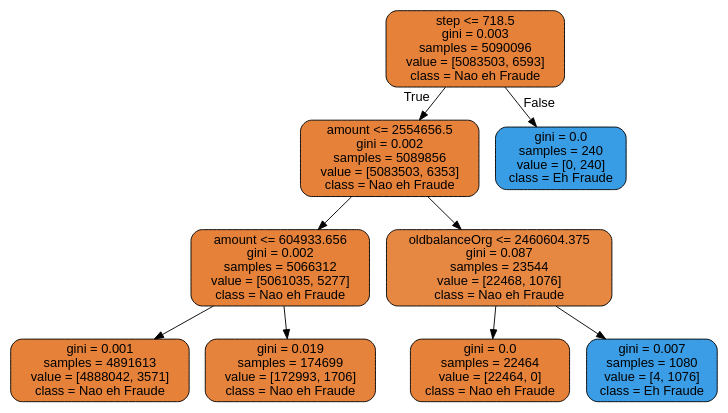
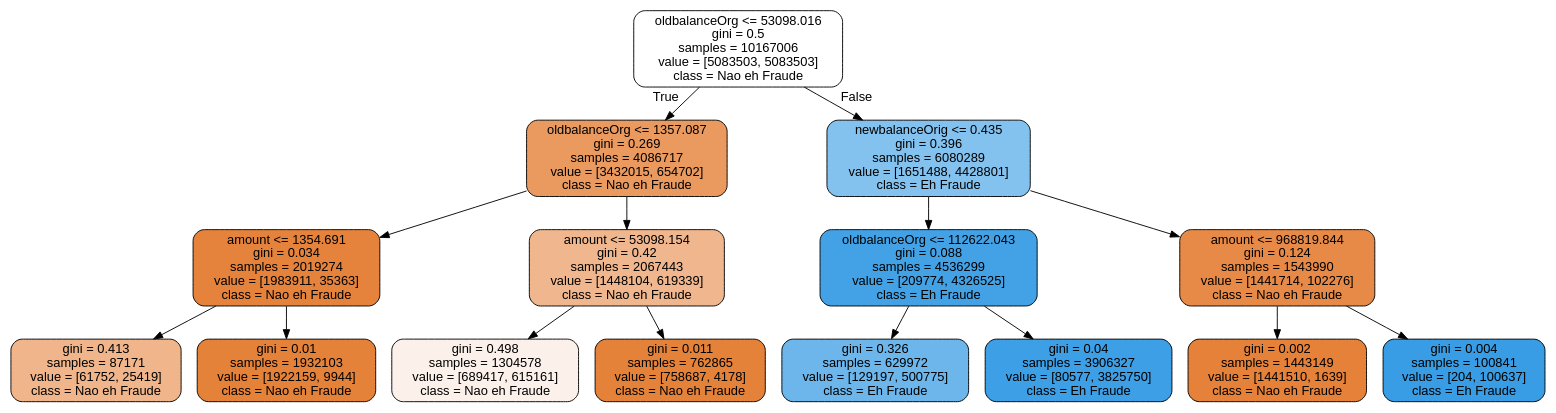
The diagram in trabalho_final/DecisionTree.dot (hugosantosbessa/ML2023-HugoBessa), drawn with Graphviz before and after one commit. The commit also changed 9 other files, not shown here.

```diff
--- a/trabalho_final/DecisionTree.dot
+++ b/trabalho_final/DecisionTree.dot
@@ -1,21 +1,33 @@
 digraph Tree {
 node [shape=box, style="filled, rounded", color="black", fontname="helvetica"] ;
 edge [fontname="helvetica"] ;
-0 [label="step <= 718.5\ngini = 0.003\nsamples = 5090096\nvalue = [5083503, 6593]\nclass = Nao eh Fraude", fillcolor="#e58139"] ;
-1 [label="amount <= 2554656.5\ngini = 0.002\nsamples = 5089856\nvalue = [5083503, 6353]\nclass = Nao eh Fraude", fillcolor="#e58139"] ;
+0 [label="oldbalanceOrg <= 53098.016\ngini = 0.5\nsamples = 10167006\nvalue = [5083503, 5083503]\nclass = Nao eh Fraude", fillcolor="#ffffff"] ;
+1 [label="oldbalanceOrg <= 1357.087\ngini = 0.269\nsamples = 4086717\nvalue = [3432015, 654702]\nclass = Nao eh Fraude", fillcolor="#ea995f"] ;
 0 -> 1 [labeldistance=2.5, labelangle=45, headlabel="True"] ;
-2 [label="amount <= 604933.656\ngini = 0.002\nsamples = 5066312\nvalue = [5061035, 5277]\nclass = Nao eh Fraude", fillcolor="#e58139"] ;
+2 [label="amount <= 1354.691\ngini = 0.034\nsamples = 2019274\nvalue = [1983911, 35363]\nclass = Nao eh Fraude", fillcolor="#e5833d"] ;
 1 -> 2 ;
-3 [label="gini = 0.001\nsamples = 4891613\nvalue = [4888042, 3571]\nclass = Nao eh Fraude", fillcolor="#e58139"] ;
+3 [label="gini = 0.413\nsamples = 87171\nvalue = [61752, 25419]\nclass = Nao eh Fraude", fillcolor="#f0b58b"] ;
 2 -> 3 ;
-4 [label="gini = 0.019\nsamples = 174699\nvalue = [172993, 1706]\nclass = Nao eh Fraude", fillcolor="#e5823b"] ;
+4 [label="gini = 0.01\nsamples = 1932103\nvalue = [1922159, 9944]\nclass = Nao eh Fraude", fillcolor="#e5823a"] ;
 2 -> 4 ;
-5 [label="oldbalanceOrg <= 2460604.375\ngini = 0.087\nsamples = 23544\nvalue = [22468, 1076]\nclass = Nao eh Fraude", fillcolor="#e68742"] ;
+5 [label="amount <= 53098.154\ngini = 0.42\nsamples = 2067443\nvalue = [1448104, 619339]\nclass = Nao eh Fraude", fillcolor="#f0b78e"] ;
 1 -> 5 ;
-6 [label="gini = 0.0\nsamples = 22464\nvalue = [22464, 0]\nclass = Nao eh Fraude", fillcolor="#e58139"] ;
+6 [label="gini = 0.498\nsamples = 1304578\nvalue = [689417, 615161]\nclass = Nao eh Fraude", fillcolor="#fcf1ea"] ;
 5 -> 6 ;
-7 [label="gini = 0.007\nsamples = 1080\nvalue = [4, 1076]\nclass = Eh Fraude", fillcolor="#3a9de5"] ;
+7 [label="gini = 0.011\nsamples = 762865\nvalue = [758687, 4178]\nclass = Nao eh Fraude", fillcolor="#e5823a"] ;
 5 -> 7 ;
-8 [label="gini = 0.0\nsamples = 240\nvalue = [0, 240]\nclass = Eh Fraude", fillcolor="#399de5"] ;
+8 [label="newbalanceOrig <= 0.435\ngini = 0.396\nsamples = 6080289\nvalue = [1651488, 4428801]\nclass = Eh Fraude", fillcolor="#83c2ef"] ;
 0 -> 8 [labeldistance=2.5, labelangle=-45, headlabel="False"] ;
+9 [label="oldbalanceOrg <= 112622.043\ngini = 0.088\nsamples = 4536299\nvalue = [209774, 4326525]\nclass = Eh Fraude", fillcolor="#43a2e6"] ;
+8 -> 9 ;
+10 [label="gini = 0.326\nsamples = 629972\nvalue = [129197, 500775]\nclass = Eh Fraude", fillcolor="#6cb6ec"] ;
+9 -> 10 ;
+11 [label="gini = 0.04\nsamples = 3906327\nvalue = [80577, 3825750]\nclass = Eh Fraude", fillcolor="#3d9fe6"] ;
+9 -> 11 ;
+12 [label="amount <= 968819.844\ngini = 0.124\nsamples = 1543990\nvalue = [1441714, 102276]\nclass = Nao eh Fraude", fillcolor="#e78a47"] ;
+8 -> 12 ;
+13 [label="gini = 0.002\nsamples = 1443149\nvalue = [1441510, 1639]\nclass = Nao eh Fraude", fillcolor="#e58139"] ;
+12 -> 13 ;
+14 [label="gini = 0.004\nsamples = 100841\nvalue = [204, 100637]\nclass = Eh Fraude", fillcolor="#399de5"] ;
+12 -> 14 ;
 }
```
